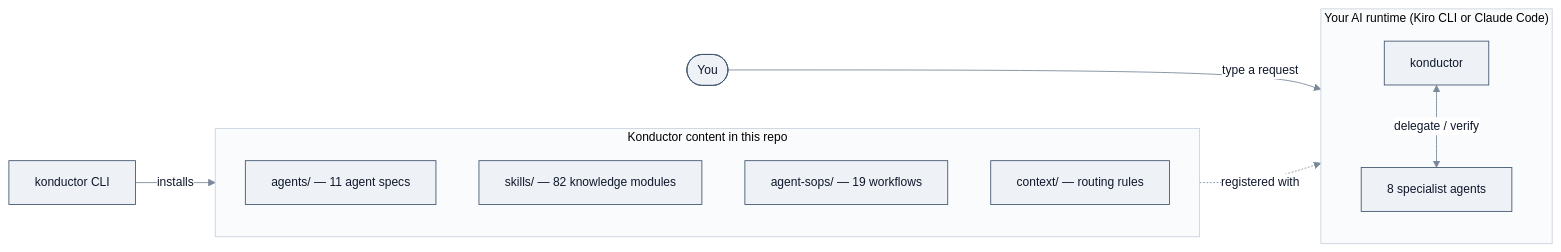
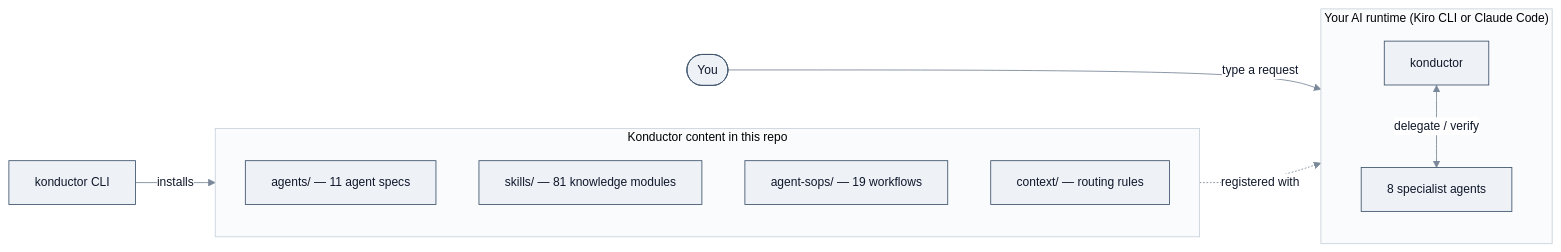
The diagram in docs/user-guide/README.md (aws-solutions/konductor), drawn with Mermaid before and after one commit. The commit also changed other lines of this file and 32 other files, not shown here.

````diff
--- a/docs/user-guide/README.md
+++ b/docs/user-guide/README.md
@@ -154,21 +154,21 @@
 ```mermaid
 %%{init:{'theme':'base','themeVariables':{'fontSize':'14px','primaryColor':'#eef2f7','primaryTextColor':'#0f172a','primaryBorderColor':'#40556e','lineColor':'#7a8899','textColor':'#0f172a','edgeLabelBackground':'#ffffff','clusterBkg':'#fafbfc','clusterBorder':'#c9d2dc'}}}%%
 flowchart LR
     You([You]) -->|type a request| Runtime
 
     subgraph Runtime["Your AI runtime (Kiro CLI or Claude Code)"]
         Orch[konductor]
         Spec[8 specialist agents]
         Orch <-->|delegate / verify| Spec
     end
 
     subgraph Content["Konductor content in this repo"]
         A["agents/ — 11 agent specs"]
-        S["skills/ — 82 knowledge modules"]
+        S["skills/ — 81 knowledge modules"]
         P["agent-sops/ — 19 workflows"]
         C["context/ — routing rules"]
     end
 
     CLI["konductor CLI"] -->|"installs"| Content
     Content -.->|"registered with"| Runtime
 ```
````
